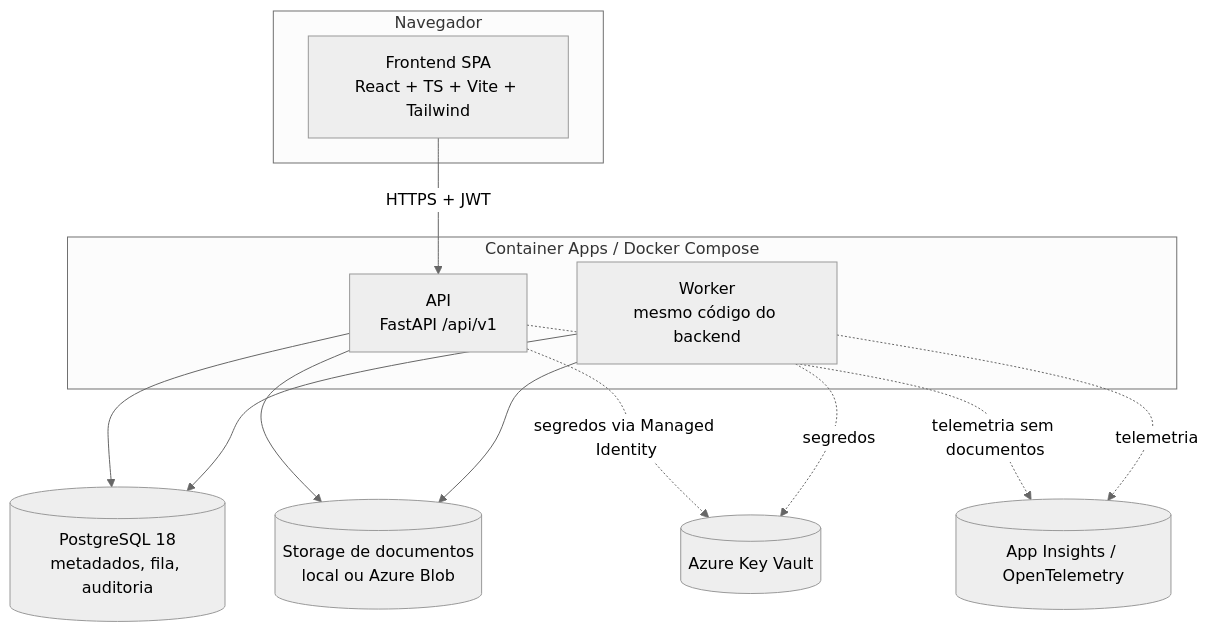
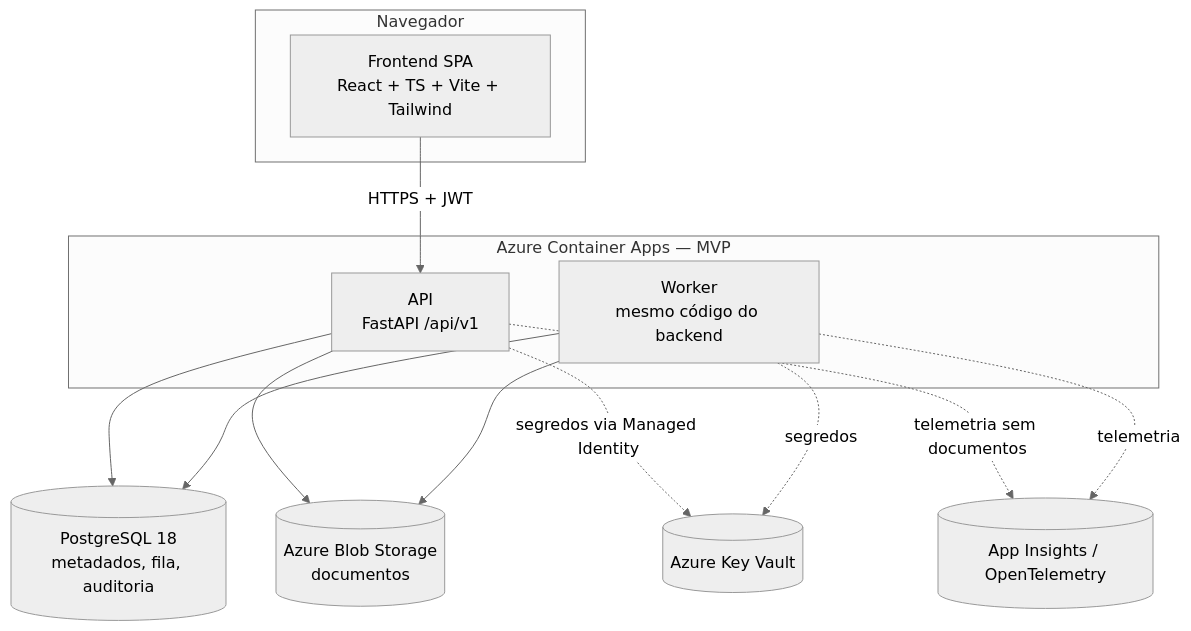
Before and after one commit to eusouzati/guardiao-financeiro-br: the second of 3 diagrams in docs/architecture.md, drawn with Mermaid (neutral theme). The commit also changed other lines of this file and 146 other files, not shown here.

````diff
--- a/docs/architecture.md
+++ b/docs/architecture.md
@@ -36,24 +40,24 @@
 ```mermaid
 flowchart TB
     subgraph browser[Navegador]
         spa[Frontend SPA<br/>React + TS + Vite + Tailwind]
     end
-    subgraph runtime[Container Apps / Docker Compose]
+    subgraph runtime[Azure Container Apps — MVP]
         api[API<br/>FastAPI /api/v1]
         worker[Worker<br/>mesmo código do backend]
     end
     db[(PostgreSQL 18<br/>metadados, fila, auditoria)]
-    blob[(Storage de documentos<br/>local ou Azure Blob)]
+    blob[(Azure Blob Storage<br/>documentos)]
     kv[(Azure Key Vault)]
     obs[(App Insights / OpenTelemetry)]
 
     spa -- HTTPS + JWT --> api
     api --> db
     worker --> db
     api --> blob
     worker --> blob
     api -. segredos via Managed Identity .-> kv
     worker -. segredos .-> kv
     api -. telemetria sem documentos .-> obs
     worker -. telemetria .-> obs
 ```
````
